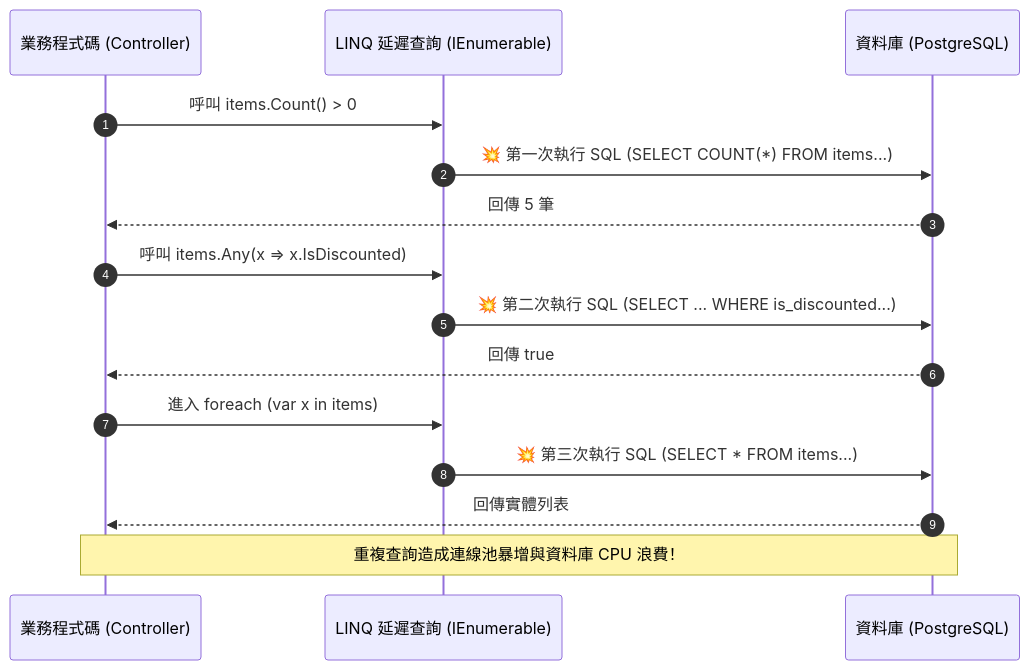
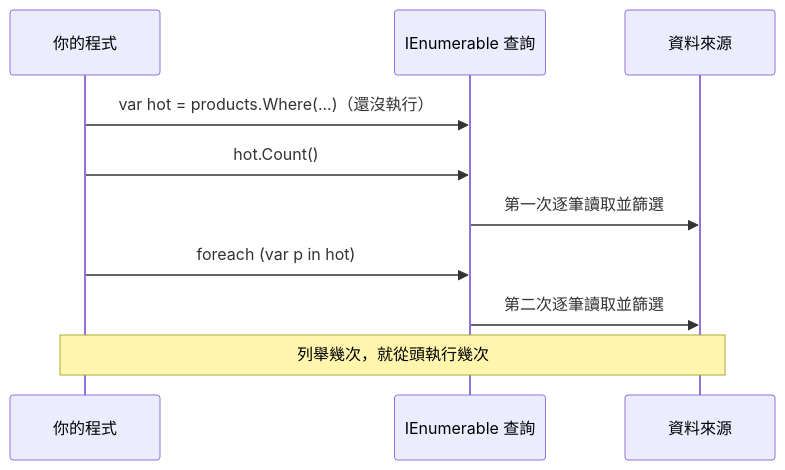
One commit to RayLiu1999/Wiki changed the diagram in src/content/docs/languages/csharp/collections-linq.md. Above: the diagram before and after it, drawn with Mermaid. The commit also changed other lines of this file and 8 other files, not shown here.

````diff
--- a/src/content/docs/languages/csharp/collections-linq.md
+++ b/src/content/docs/languages/csharp/collections-linq.md
@@ -35,18 +35,12 @@
 ```mermaid
 sequenceDiagram
-    autonumber
-    participant App as 業務程式碼 (Controller)
-    participant Linq as LINQ 延遲查詢 (IEnumerable)
-    participant DB as 資料庫 (PostgreSQL)
-
-    App->>Linq: 呼叫 items.Count() > 0
-    Linq->>DB: 💥 第一次執行 SQL (SELECT COUNT(*) FROM items...)
-    DB-->>App: 回傳 5 筆
-    App->>Linq: 呼叫 items.Any(x => x.IsDiscounted)
-    Linq->>DB: 💥 第二次執行 SQL (SELECT ... WHERE is_discounted...)
-    DB-->>App: 回傳 true
-    App->>Linq: 進入 foreach (var x in items)
-    Linq->>DB: 💥 第三次執行 SQL (SELECT * FROM items...)
-    DB-->>App: 回傳實體列表
-    Note over App,DB: 重複查詢造成連線池暴增與資料庫 CPU 浪費！
+    participant Code as 你的程式
+    participant Query as IEnumerable 查詢
+    participant Source as 資料來源
+    Code->>Query: var hot = products.Where(...)（還沒執行）
+    Code->>Query: hot.Count()
+    Query->>Source: 第一次逐筆讀取並篩選
+    Code->>Query: foreach (var p in hot)
+    Query->>Source: 第二次逐筆讀取並篩選
+    Note over Code,Source: 列舉幾次，就從頭執行幾次
 ```
````
